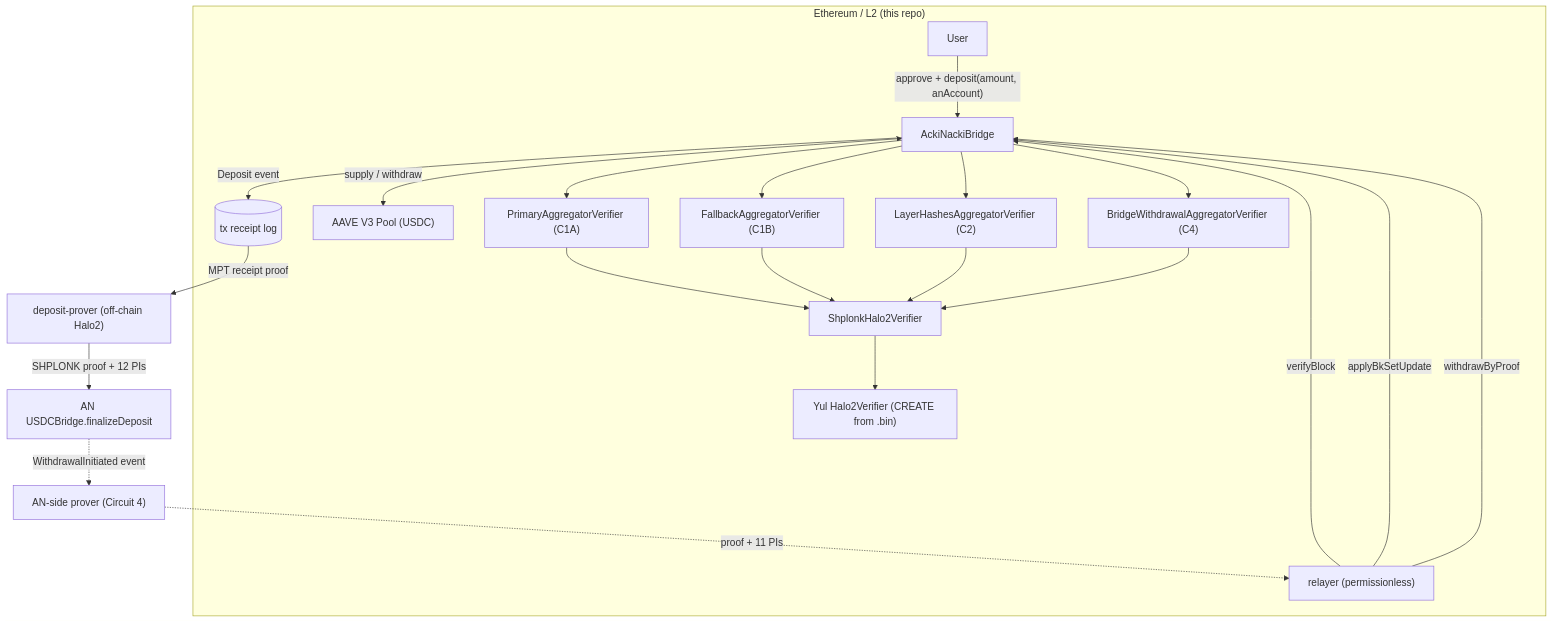
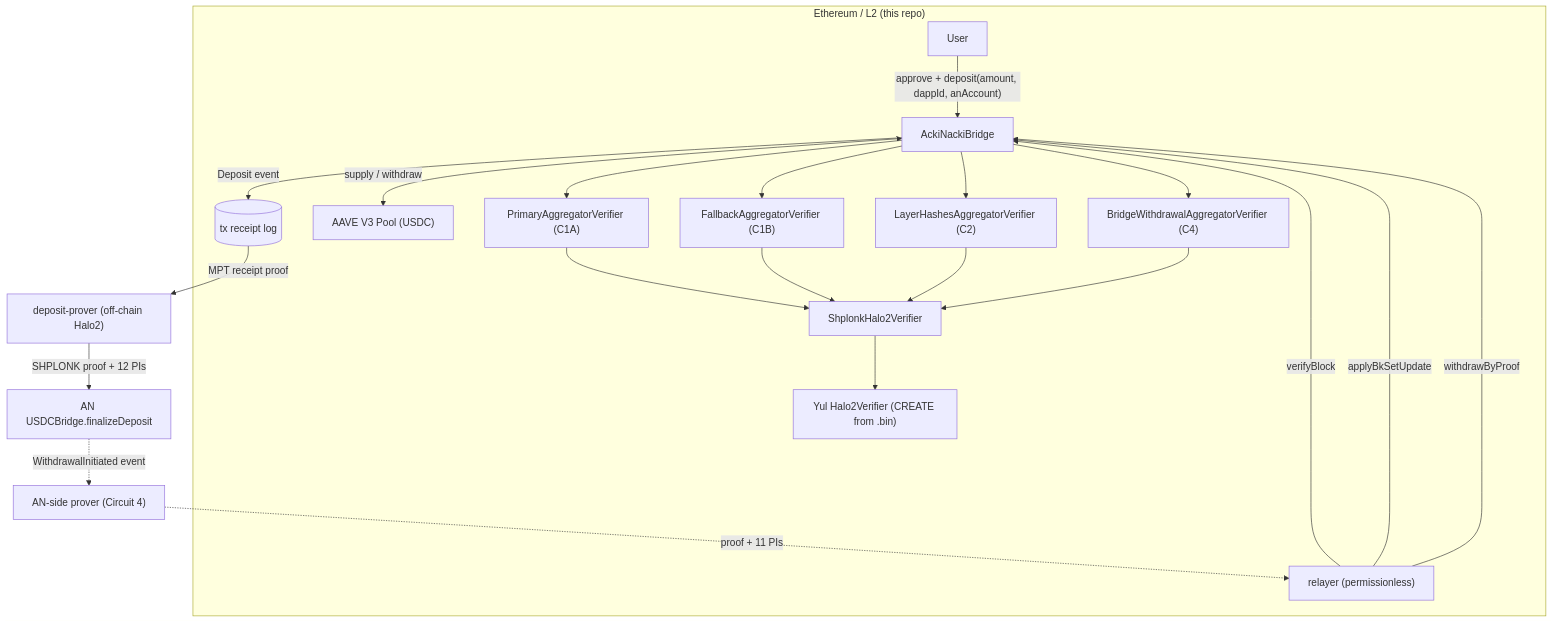
The diagram in docs/EVM-contracts-spec.md (gosh-sh/bridge), drawn with Mermaid before and after one commit. The commit also changed other lines of this file and 93 other files, not shown here.

Commit message:
Bind deposit DApp IDs to Ethereum events and proofs

````diff
--- a/docs/EVM-contracts-spec.md
+++ b/docs/EVM-contracts-spec.md
@@ -93,20 +93,20 @@
 ```mermaid
 flowchart TB
     subgraph ETH["Ethereum / L2 (this repo)"]
-        U["User"] -->|"approve + deposit(amount, anAccount)"| B["AckiNackiBridge"]
+        U["User"] -->|"approve + deposit(amount, dappId, anAccount)"| B["AckiNackiBridge"]
         B -->|"Deposit event"| LOG[("tx receipt log")]
         B <-->|"supply / withdraw"| AAVE["AAVE V3 Pool (USDC)"]
         R["relayer (permissionless)"] -->|"verifyBlock"| B
         R -->|"applyBkSetUpdate"| B
         R -->|"withdrawByProof"| B
         B --> V1["PrimaryAggregatorVerifier (C1A)"]
         B --> V2["FallbackAggregatorVerifier (C1B)"]
         B --> V3["LayerHashesAggregatorVerifier (C2)"]
         B --> V4["BridgeWithdrawalAggregatorVerifier (C4)"]
         V1 & V2 & V3 & V4 --> W["ShplonkHalo2Verifier"] --> Y["Yul Halo2Verifier (CREATE from .bin)"]
     end
     LOG -->|"MPT receipt proof"| DP["deposit-prover (off-chain Halo2)"]
     DP -->|"SHPLONK proof + 12 PIs"| AN["AN USDCBridge.finalizeDeposit"]
     AN -.->|"WithdrawalInitiated event"| C4P["AN-side prover (Circuit 4)"]
     C4P -.->|"proof + 11 PIs"| R
 ```
````
